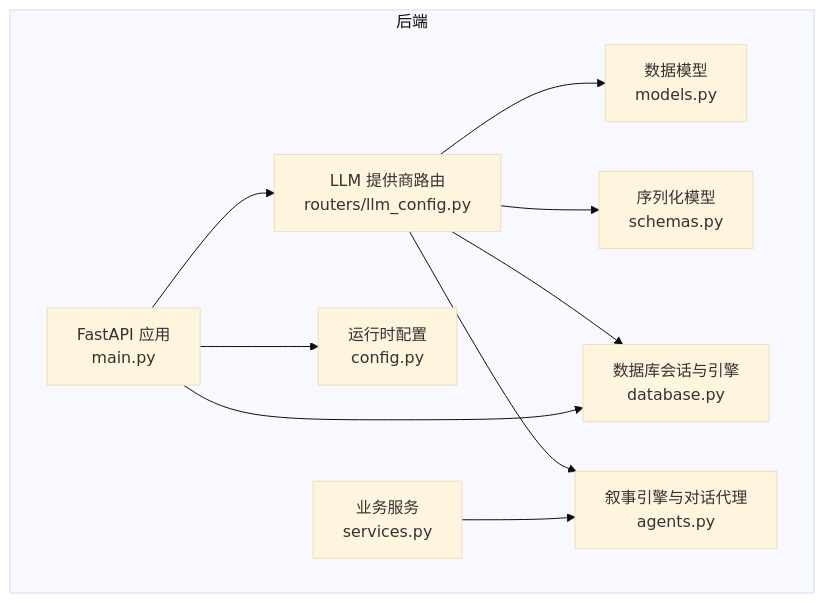
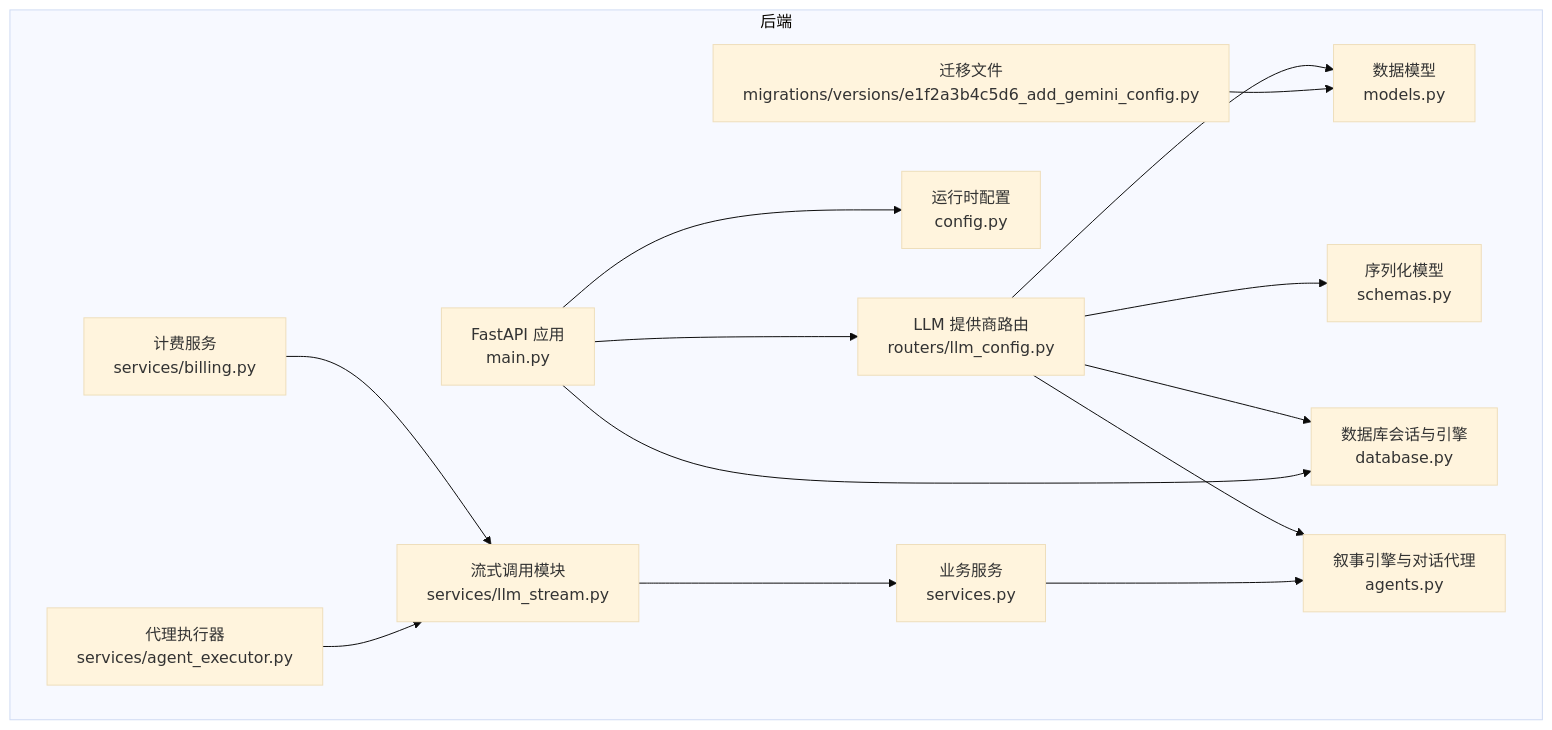
One commit to KunLabAI/KunFlix changed the first of 9 diagrams in .qoder/repowiki/zh/content/后台管理系统/LLM提供商管理.md. Above: the diagram before and after it, drawn with Mermaid (base theme). The commit also changed other lines of this file and 25 other files, not shown here.

````diff
--- a/.qoder/repowiki/zh/content/后台管理系统/LLM提供商管理.md
+++ b/.qoder/repowiki/zh/content/后台管理系统/LLM提供商管理.md
@@ -36,21 +55,29 @@
 ```mermaid
 graph TB
 subgraph "后端"
 A["FastAPI 应用<br/>main.py"]
 B["LLM 提供商路由<br/>routers/llm_config.py"]
 C["数据模型<br/>models.py"]
 D["序列化模型<br/>schemas.py"]
 E["数据库会话与引擎<br/>database.py"]
 F["运行时配置<br/>config.py"]
 G["叙事引擎与对话代理<br/>agents.py"]
 H["业务服务<br/>services.py"]
+I["流式调用模块<br/>services/llm_stream.py"]
+J["计费服务<br/>services/billing.py"]
+K["迁移文件<br/>migrations/versions/e1f2a3b4c5d6_add_gemini_config.py"]
+L["代理执行器<br/>services/agent_executor.py"]
 end
 A --> B
 B --> C
 B --> D
 B --> E
 B --> G
 A --> F
 A --> E
 H --> G
+I --> H
+J --> I
+K --> C
+L --> I
 ```
````
